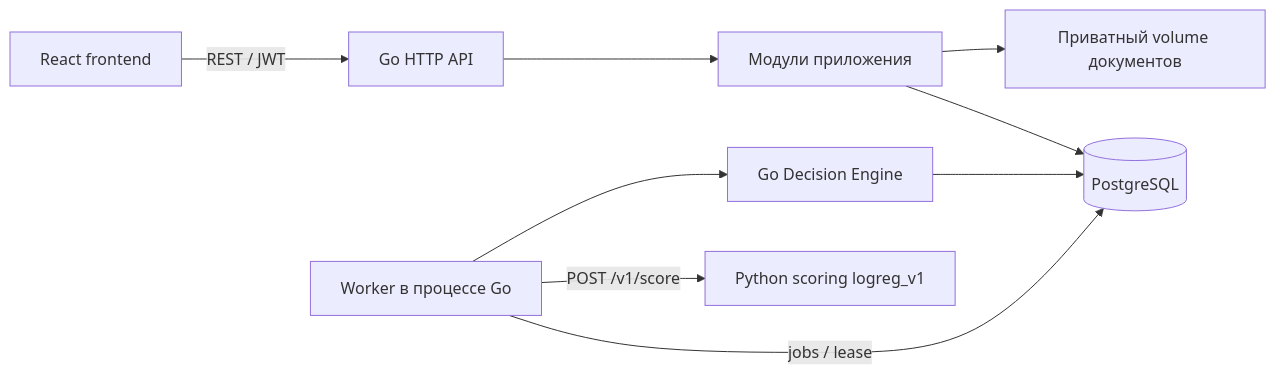
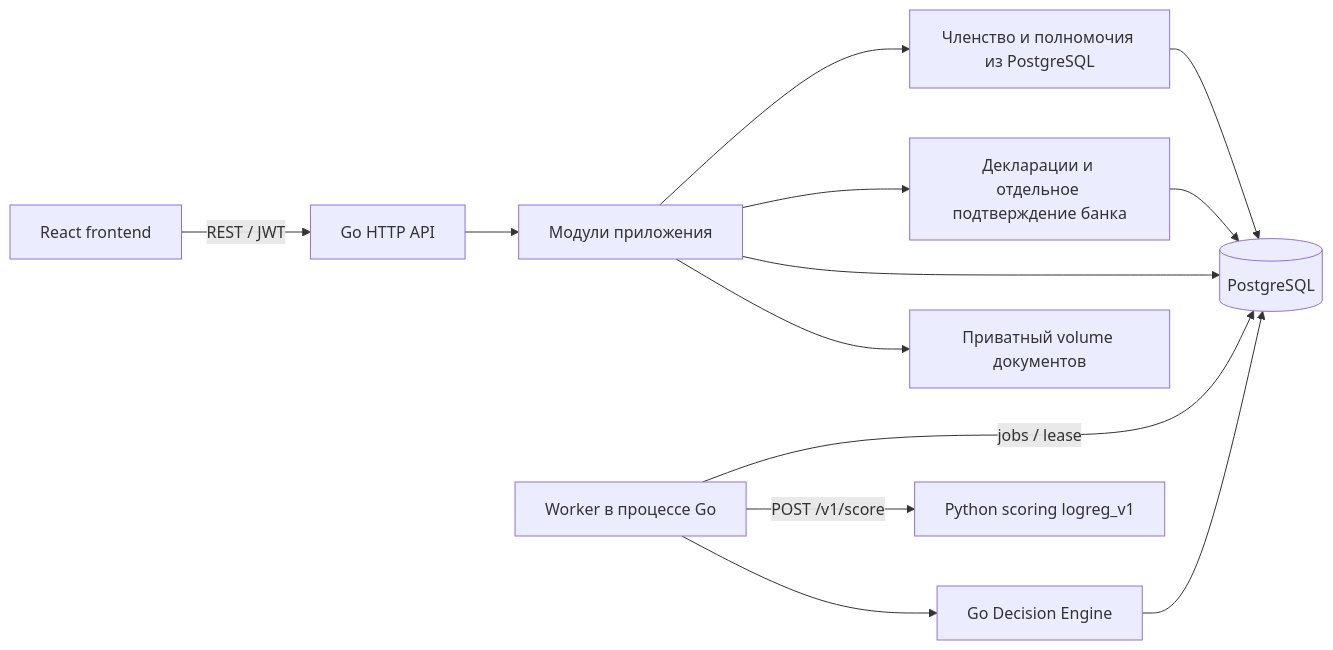
The diagram in docs/architecture.md (Tilekbeki/smart-credit-backend), drawn with Mermaid before and after one commit. The commit also changed other lines of this file and 76 other files, not shown here.

````diff
--- a/docs/architecture.md
+++ b/docs/architecture.md
@@ -6,11 +6,15 @@
 ```mermaid
 flowchart LR
     F[React frontend] -->|REST / JWT| H[Go HTTP API]
     H --> A[Модули приложения]
+    A --> M[Членство и полномочия из PostgreSQL]
+    A --> V[Декларации и отдельное подтверждение банка]
+    V --> DB
+    M --> DB
     A --> DB[(PostgreSQL)]
     A --> D[Приватный volume документов]
     W[Worker в процессе Go] -->|jobs / lease| DB
     W -->|POST /v1/score| S[Python scoring logreg_v1]
     W --> P[Go Decision Engine]
     P --> DB
 ```
````
